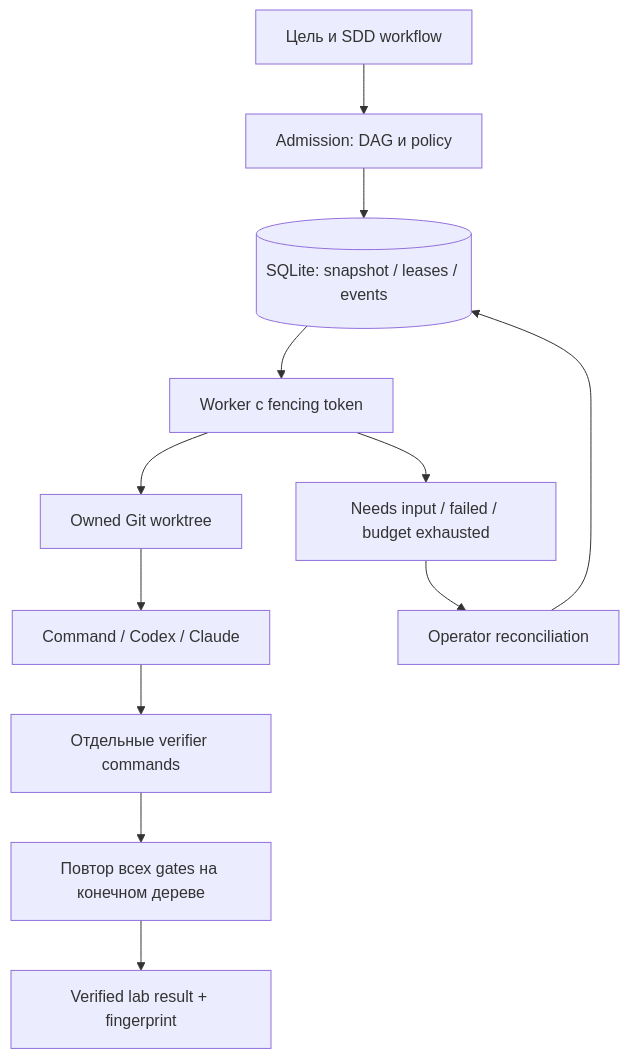
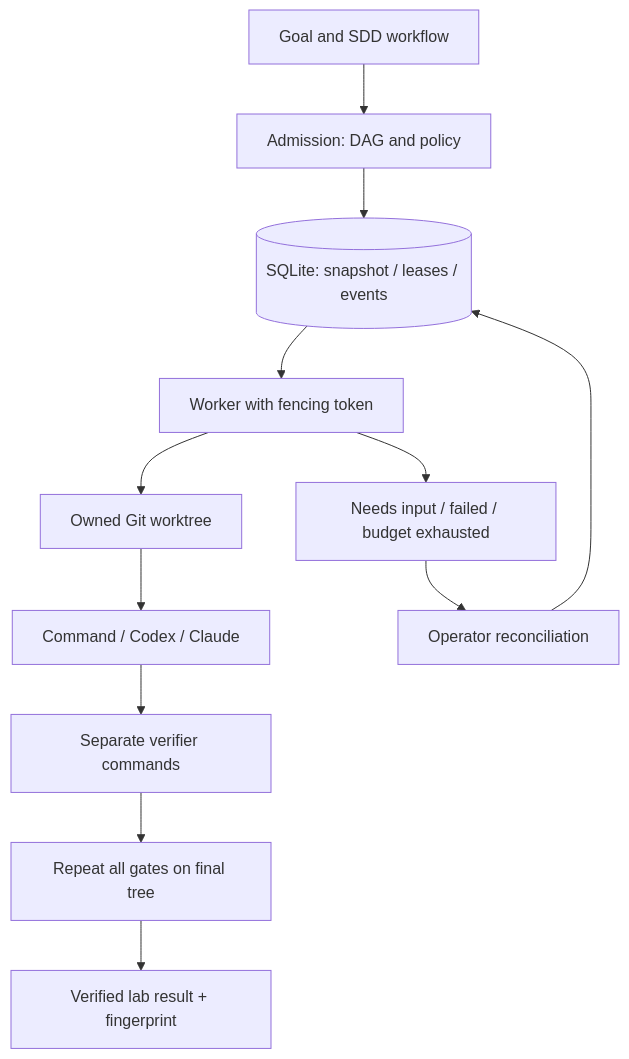
Before and after one commit to zxc0zxc0zxc/palarran-framework: the diagram in docs/product-factory/architecture.md, drawn with Mermaid. The commit also changed other lines of this file and 783 other files, not shown here.

````diff
--- a/docs/product-factory/architecture.md
+++ b/docs/product-factory/architecture.md
@@ -7,14 +7,14 @@
 ```mermaid
 flowchart TD
-    H[Цель и SDD workflow] --> A[Admission: DAG и policy]
+    H[Goal and SDD workflow] --> A[Admission: DAG and policy]
     A --> D[(SQLite: snapshot / leases / events)]
-    D --> W[Worker с fencing token]
+    D --> W[Worker with fencing token]
     W --> G[Owned Git worktree]
     G --> C[Command / Codex / Claude]
-    C --> V[Отдельные verifier commands]
-    V --> F[Повтор всех gates на конечном дереве]
+    C --> V[Separate verifier commands]
+    V --> F[Repeat all gates on final tree]
     F --> R[Verified lab result + fingerprint]
     W --> N[Needs input / failed / budget exhausted]
     N --> O[Operator reconciliation]
     O --> D
 ```
````
